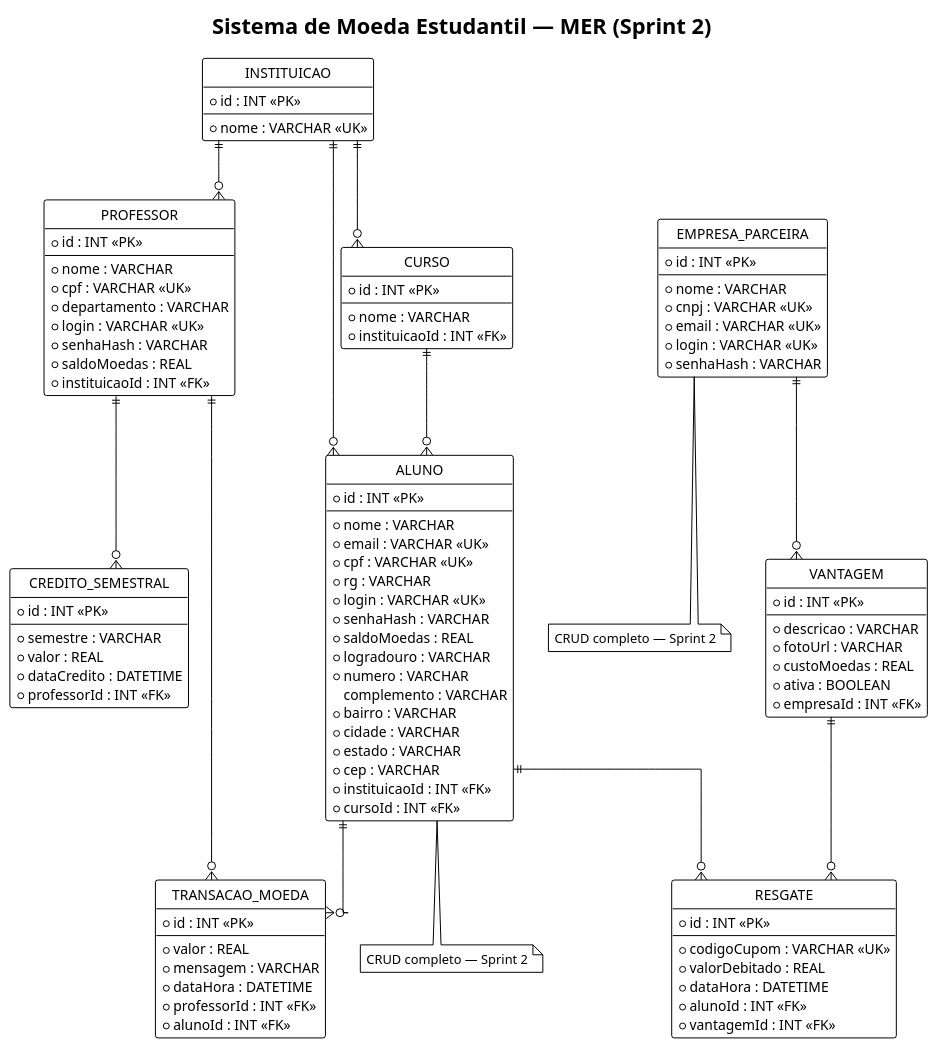
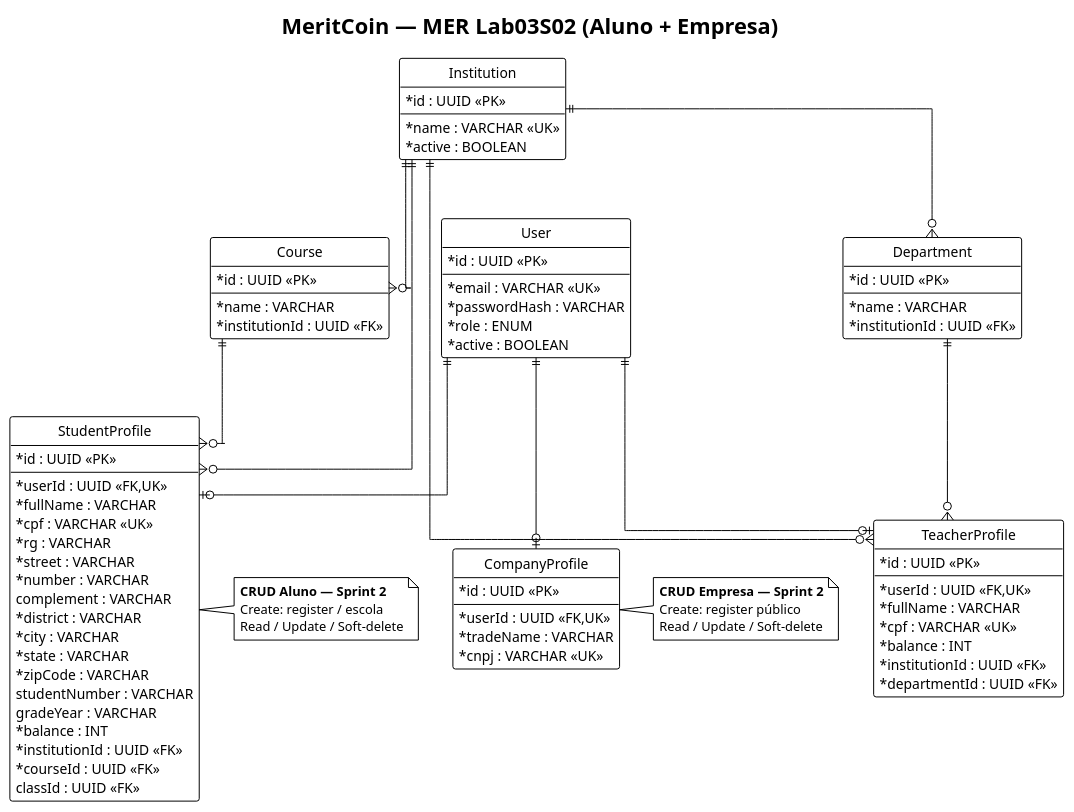
One commit to arthurfons/MeritCoin changed the diagram in docs/sprint2/diagramas/mer.puml. Above: the diagram before and after it, drawn with PlantUML. The commit also changed 62 other files, not shown here.

```diff
--- a/docs/sprint2/diagramas/mer.puml
+++ b/docs/sprint2/diagramas/mer.puml
@@ -1,121 +1,101 @@
-@startuml MER_Moeda_Estudantil
+@startuml MER_Moeda_Estudantil_S02
 !theme plain
-title Sistema de Moeda Estudantil — MER (Sprint 2)
+title MeritCoin — MER Lab03S02 (Aluno + Empresa)
 hide circle
 skinparam linetype ortho
+skinparam classAttributeIconSize 0
 
-entity "INSTITUICAO" as inst {
-  * id : INT <<PK>>
+entity "User" as user {
+  * id : UUID <<PK>>
   --
-  * nome : VARCHAR <<UK>>
+  * email : VARCHAR <<UK>>
+  * passwordHash : VARCHAR
+  * role : ENUM
+  * active : BOOLEAN
 }
 
-entity "CURSO" as curso {
-  * id : INT <<PK>>
+entity "StudentProfile" as aluno {
+  * id : UUID <<PK>>
   --
-  * nome : VARCHAR
-  * instituicaoId : INT <<FK>>
+  * userId : UUID <<FK,UK>>
+  * fullName : VARCHAR
+  * cpf : VARCHAR <<UK>>
+  * rg : VARCHAR
+  * street : VARCHAR
+  * number : VARCHAR
+  complement : VARCHAR
+  * district : VARCHAR
+  * city : VARCHAR
+  * state : VARCHAR
+  * zipCode : VARCHAR
+  studentNumber : VARCHAR
+  gradeYear : VARCHAR
+  * balance : INT
+  * institutionId : UUID <<FK>>
+  * courseId : UUID <<FK>>
+  classId : UUID <<FK>>
 }
 
-entity "ALUNO" as aluno {
-  * id : INT <<PK>>
+entity "CompanyProfile" as emp {
+  * id : UUID <<PK>>
   --
-  * nome : VARCHAR
-  * email : VARCHAR <<UK>>
-  * cpf : VARCHAR <<UK>>
-  * rg : VARCHAR
-  * login : VARCHAR <<UK>>
-  * senhaHash : VARCHAR
-  * saldoMoedas : REAL
-  * logradouro : VARCHAR
-  * numero : VARCHAR
-  complemento : VARCHAR
-  * bairro : VARCHAR
-  * cidade : VARCHAR
-  * estado : VARCHAR
-  * cep : VARCHAR
-  * instituicaoId : INT <<FK>>
-  * cursoId : INT <<FK>>
+  * userId : UUID <<FK,UK>>
+  * tradeName : VARCHAR
+  * cnpj : VARCHAR <<UK>>
 }
 
-entity "EMPRESA_PARCEIRA" as emp {
-  * id : INT <<PK>>
+entity "TeacherProfile" as prof {
+  * id : UUID <<PK>>
   --
-  * nome : VARCHAR
-  * cnpj : VARCHAR <<UK>>
-  * email : VARCHAR <<UK>>
-  * login : VARCHAR <<UK>>
-  * senhaHash : VARCHAR
+  * userId : UUID <<FK,UK>>
+  * fullName : VARCHAR
+  * cpf : VARCHAR <<UK>>
+  * balance : INT
+  * institutionId : UUID <<FK>>
+  * departmentId : UUID <<FK>>
 }
 
-entity "PROFESSOR" as prof {
-  * id : INT <<PK>>
+entity "Institution" as inst {
+  * id : UUID <<PK>>
   --
-  * nome : VARCHAR
-  * cpf : VARCHAR <<UK>>
-  * departamento : VARCHAR
-  * login : VARCHAR <<UK>>
-  * senhaHash : VARCHAR
-  * saldoMoedas : REAL
-  * instituicaoId : INT <<FK>>
+  * name : VARCHAR <<UK>>
+  * active : BOOLEAN
 }
 
-entity "VANTAGEM" as vant {
-  * id : INT <<PK>>
+entity "Course" as curso {
+  * id : UUID <<PK>>
   --
-  * descricao : VARCHAR
-  * fotoUrl : VARCHAR
-  * custoMoedas : REAL
-  * ativa : BOOLEAN
-  * empresaId : INT <<FK>>
+  * name : VARCHAR
+  * institutionId : UUID <<FK>>
 }
 
-entity "TRANSACAO_MOEDA" as tx {
-  * id : INT <<PK>>
+entity "Department" as dept {
+  * id : UUID <<PK>>
   --
-  * valor : REAL
-  * mensagem : VARCHAR
-  * dataHora : DATETIME
-  * professorId : INT <<FK>>
-  * alunoId : INT <<FK>>
+  * name : VARCHAR
+  * institutionId : UUID <<FK>>
 }
 
-entity "RESGATE" as res {
-  * id : INT <<PK>>
-  --
-  * codigoCupom : VARCHAR <<UK>>
-  * valorDebitado : REAL
-  * dataHora : DATETIME
-  * alunoId : INT <<FK>>
-  * vantagemId : INT <<FK>>
-}
-
-entity "CREDITO_SEMESTRAL" as cred {
-  * id : INT <<PK>>
-  --
-  * semestre : VARCHAR
-  * valor : REAL
-  * dataCredito : DATETIME
-  * professorId : INT <<FK>>
-}
-
+user ||--o| aluno
+user ||--o| emp
+user ||--o| prof
 inst ||--o{ curso
+inst ||--o{ dept
 inst ||--o{ aluno
 inst ||--o{ prof
 curso ||--o{ aluno
-emp ||--o{ vant
-prof ||--o{ tx
-aluno ||--o{ tx
-aluno ||--o{ res
-vant ||--o{ res
-prof ||--o{ cred
+dept ||--o{ prof
 
-note bottom of aluno
-  CRUD completo — Sprint 2
+note right of aluno
+  **CRUD Aluno — Sprint 2**
+  Create: register / escola
+  Read / Update / Soft-delete
 end note
 
-note bottom of emp
-  CRUD completo — Sprint 2
+note right of emp
+  **CRUD Empresa — Sprint 2**
+  Create: register público
+  Read / Update / Soft-delete
 end note
 
 @enduml
```
